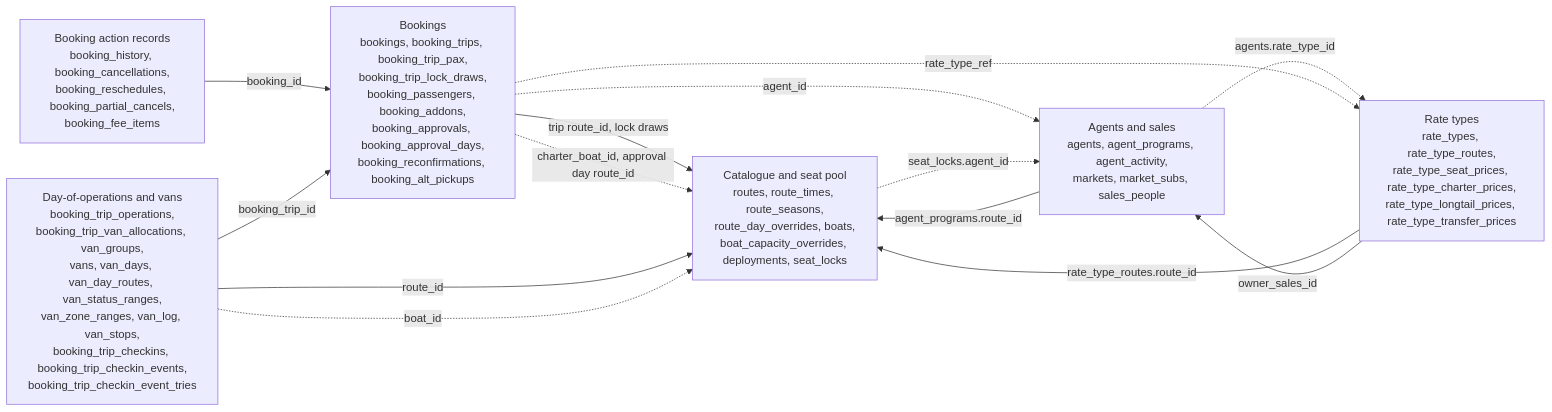
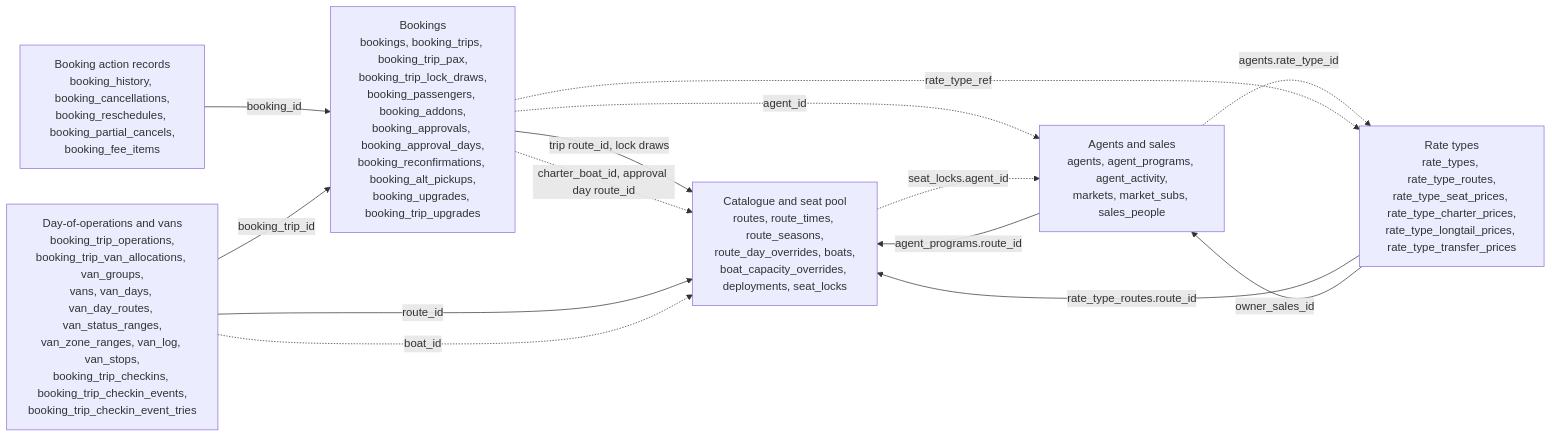
One commit to TheTaTha5/operation_backend changed the first of 7 diagrams in docs/schema.md. Above: the diagram before and after it, drawn with Mermaid. The commit also changed 10 other files, not shown here.

````diff
--- a/docs/schema.md
+++ b/docs/schema.md
@@ -28,23 +28,23 @@
 ```mermaid
 flowchart LR
   catalogue["Catalogue and seat pool<br/>routes, route_times, route_seasons,<br/>route_day_overrides, boats,<br/>boat_capacity_overrides, deployments, seat_locks"]
-  bookings["Bookings<br/>bookings, booking_trips, booking_trip_pax,<br/>booking_trip_lock_draws,<br/>booking_passengers, booking_addons,<br/>booking_approvals, booking_approval_days,<br/>booking_reconfirmations, booking_alt_pickups"]
+  bookings["Bookings<br/>bookings, booking_trips, booking_trip_pax,<br/>booking_trip_lock_draws,<br/>booking_passengers, booking_addons,<br/>booking_approvals, booking_approval_days,<br/>booking_reconfirmations, booking_alt_pickups,<br/>booking_upgrades, booking_trip_upgrades"]
   actions["Booking action records<br/>booking_history, booking_cancellations,<br/>booking_reschedules, booking_partial_cancels,<br/>booking_fee_items"]
   ops["Day-of-operations and vans<br/>booking_trip_operations,<br/>booking_trip_van_allocations, van_groups,<br/>vans, van_days, van_day_routes, van_status_ranges,<br/>van_zone_ranges, van_log, van_stops,<br/>booking_trip_checkins, booking_trip_checkin_events,<br/>booking_trip_checkin_event_tries"]
   sales["Agents and sales<br/>agents, agent_programs, agent_activity,<br/>markets, market_subs, sales_people"]
   rates["Rate types<br/>rate_types, rate_type_routes,<br/>rate_type_seat_prices, rate_type_charter_prices,<br/>rate_type_longtail_prices, rate_type_transfer_prices"]
 
   bookings -- "trip route_id, lock draws" --> catalogue
   bookings -. "charter_boat_id, approval day route_id" .-> catalogue
   actions -- "booking_id" --> bookings
   ops -- "booking_trip_id" --> bookings
   ops -- "route_id" --> catalogue
   ops -. "boat_id" .-> catalogue
   sales -- "agent_programs.route_id" --> catalogue
   bookings -. "agent_id" .-> sales
   catalogue -. "seat_locks.agent_id" .-> sales
   rates -- "rate_type_routes.route_id" --> catalogue
   rates -- "owner_sales_id" --> sales
   sales -. "agents.rate_type_id" .-> rates
   bookings -. "rate_type_ref" .-> rates
 ```
````
